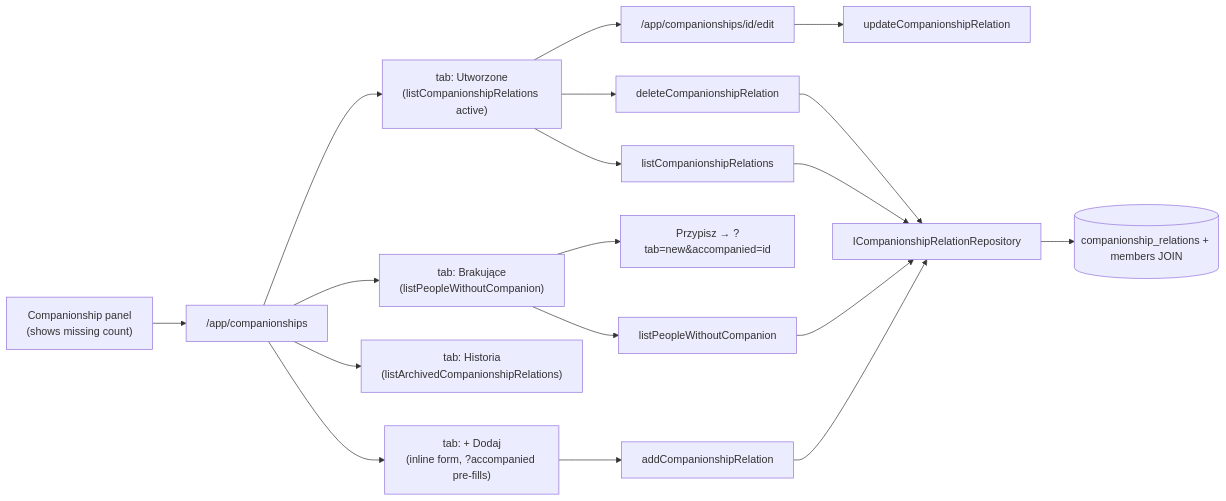
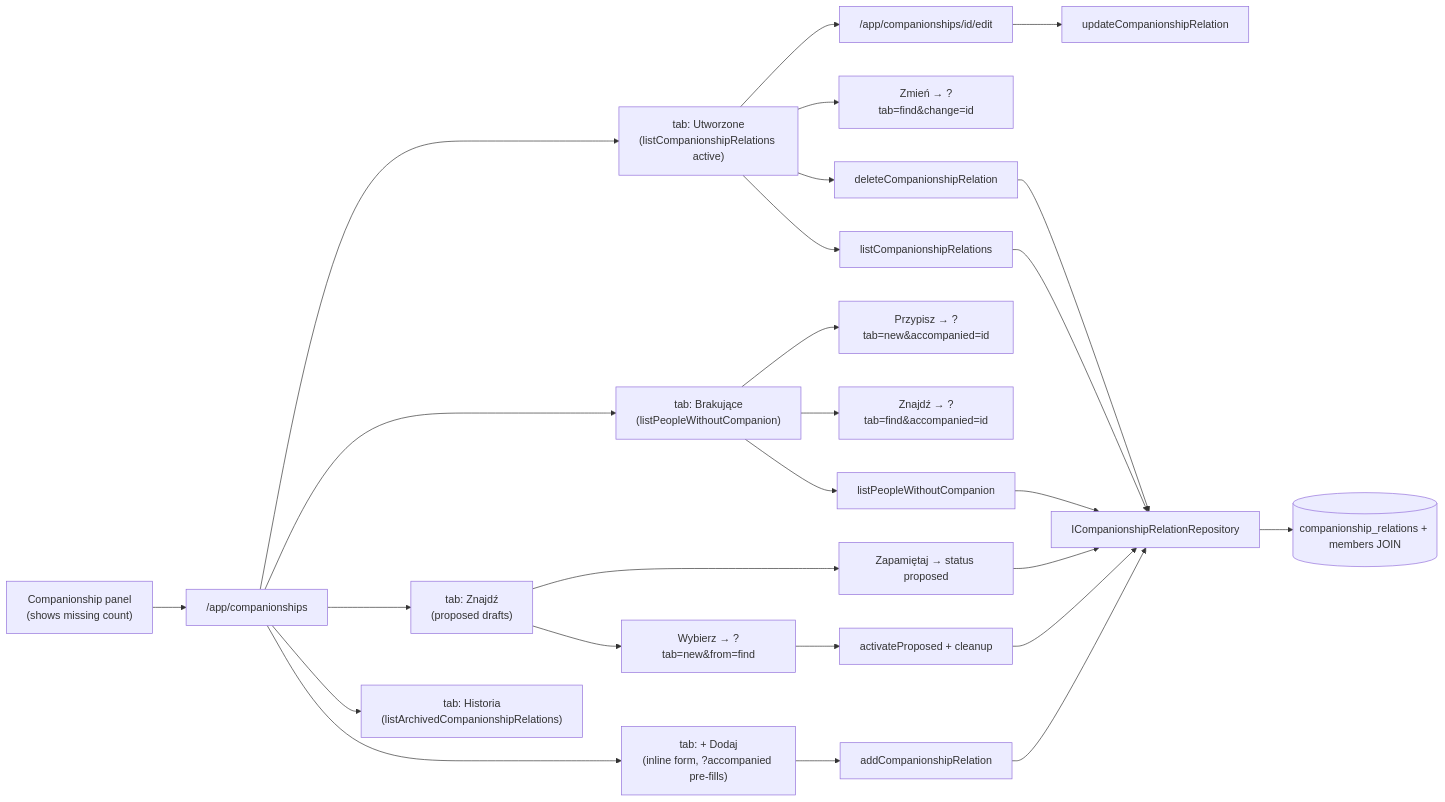
The sixth of 8 diagrams in docs/current-architecture.md (greg-latuszek/emma-companionship), drawn with Mermaid before and after one commit. The commit also changed other lines of this file and 2 other files, not shown here.

Commit message:
Document Find Companion proposed→choose→activate in live architecture docs.

````diff
--- a/docs/current-architecture.md
+++ b/docs/current-architecture.md
@@ -206,20 +206,28 @@
 ```mermaid
 flowchart LR
   panel["Companionship panel\n(shows missing count)"] --> companionships["/app/companionships"]
   companionships --> tabCreated["tab: Utworzone\n(listCompanionshipRelations active)"]
   companionships --> tabMissing["tab: Brakujące\n(listPeopleWithoutCompanion)"]
+  companionships --> tabFind["tab: Znajdź\n(proposed drafts)"]
   companionships --> tabHistory["tab: Historia\n(listArchivedCompanionshipRelations)"]
   companionships --> tabNew["tab: + Dodaj\n(inline form, ?accompanied pre-fills)"]
   tabCreated --> edit["/app/companionships/id/edit"]
+  tabCreated --> change["Zmień → ?tab=find&change=id"]
   tabCreated --> remove[deleteCompanionshipRelation]
   tabMissing --> assign["Przypisz → ?tab=new&accompanied=id"]
+  tabMissing --> findMissing["Znajdź → ?tab=find&accompanied=id"]
+  tabFind --> remember["Zapamiętaj → status proposed"]
+  tabFind --> choose["Wybierz → ?tab=new&from=find"]
+  choose --> activate[activateProposed + cleanup]
   tabNew --> create[addCompanionshipRelation]
   create --> repo[ICompanionshipRelationRepository]
+  activate --> repo
+  remember --> repo
   edit --> update[updateCompanionshipRelation]
   remove --> repo
   tabCreated --> listRel[listCompanionshipRelations]
   tabMissing --> listMissing[listPeopleWithoutCompanion]
   listRel --> repo
   listMissing --> repo
   repo --> pg[(companionship_relations + members JOIN)]
 ```
````
